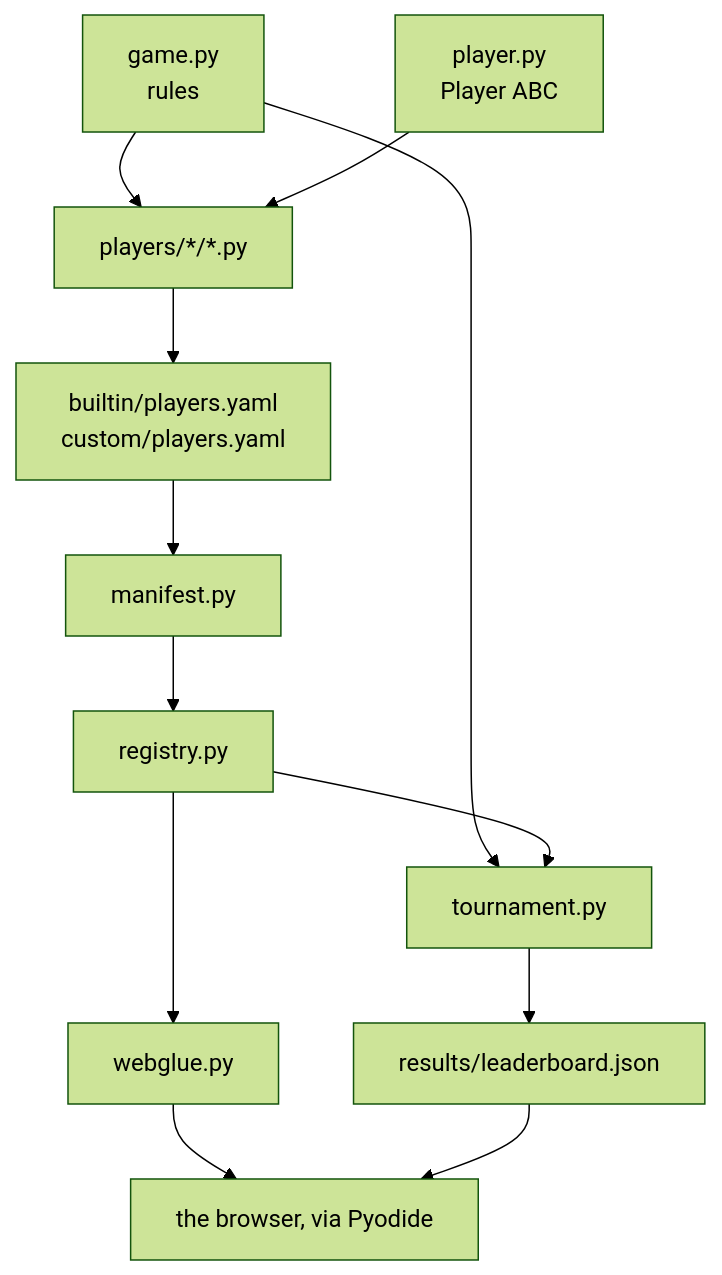
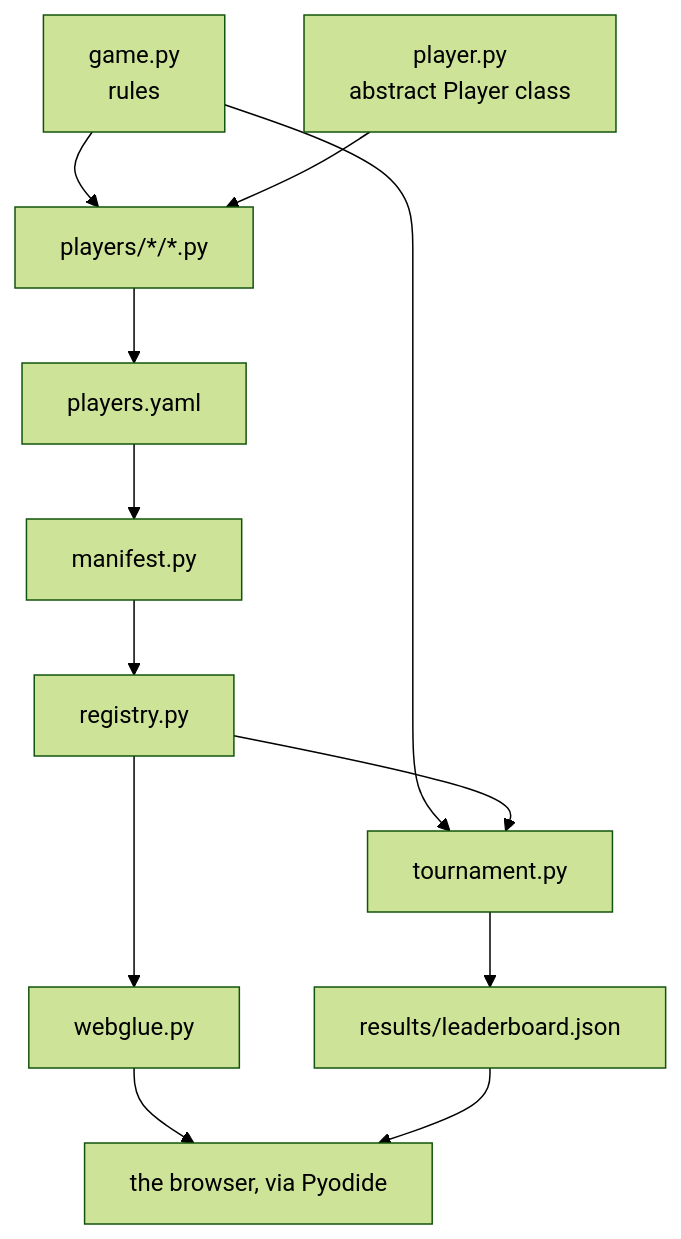
The diagram in docs/game/advanced/code-structure.en.md (jparisu/nim-arena), drawn with Mermaid (forest theme) before and after one commit. The commit also changed other lines of this file and 106 other files, not shown here.

````diff
--- a/docs/game/advanced/code-structure.en.md
+++ b/docs/game/advanced/code-structure.en.md
@@ -52,14 +36,14 @@
 ```mermaid
 flowchart TB
     game["game.py<br/>rules"] --> players["players/*/*.py"]
-    abc["player.py<br/>Player ABC"] --> players
-    players --> manifest["builtin/players.yaml<br/>custom/players.yaml"]
+    abc["player.py<br/>abstract Player class"] --> players
+    players --> manifest["players.yaml"]
     manifest --> loader["manifest.py"]
     loader --> registry["registry.py"]
     game --> tournament["tournament.py"]
     registry --> tournament
     registry --> glue["webglue.py"]
     tournament --> json["results/leaderboard.json"]
     glue --> browser["the browser, via Pyodide"]
     json --> browser
 ```
````
